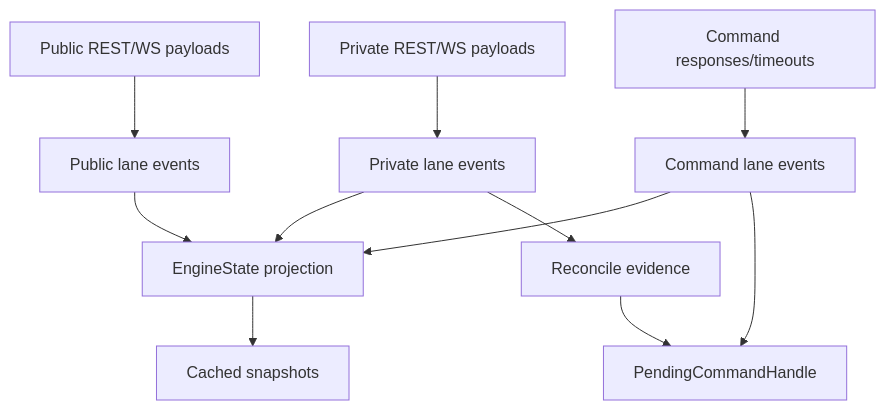
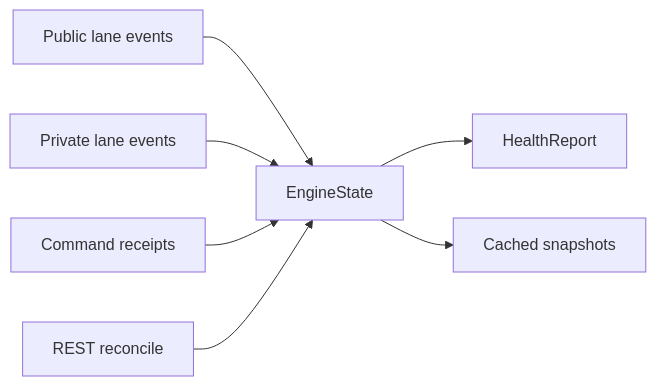
The third of 5 diagrams in docs/architecture.md (bat-markets/bat-markets), drawn with Mermaid before and after one commit. The commit also changed other lines of this file and 16 other files, not shown here.

````diff
--- a/docs/architecture.md
+++ b/docs/architecture.md
@@ -390,15 +190,17 @@
 ```mermaid
-flowchart TB
-    PublicPayload["Public REST/WS payloads"] --> PublicLane["Public lane events"]
-    PrivatePayload["Private REST/WS payloads"] --> PrivateLane["Private lane events"]
-    CommandPayload["Command responses/timeouts"] --> CommandLane["Command lane events"]
+flowchart LR
+    Public["Public lane events"]
+    Private["Private lane events"]
+    Command["Command receipts"]
+    Reconcile["REST reconcile"]
+    State["EngineState"]
+    Health["HealthReport"]
+    Cache["Cached snapshots"]
 
-    PublicLane --> State["EngineState projection"]
-    PrivateLane --> State
-    CommandLane --> State
-
-    State --> Snapshots["Cached snapshots"]
-    CommandLane --> Pending["PendingCommandHandle"]
-    PrivateLane --> Reconcile["Reconcile evidence"]
-    Reconcile --> Pending
+    Public --> State
+    Private --> State
+    Command --> State
+    Reconcile --> State
+    State --> Health
+    State --> Cache
 ```
````
